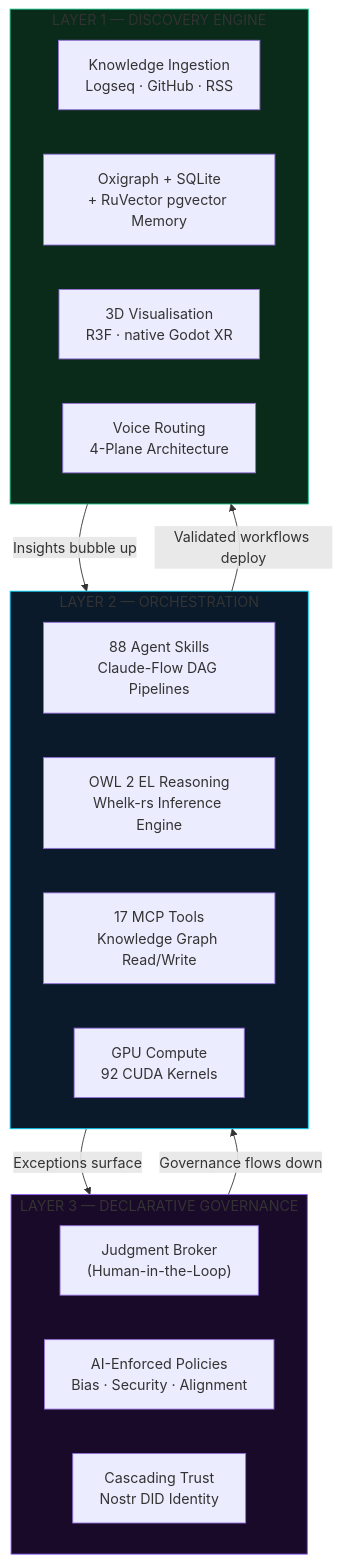
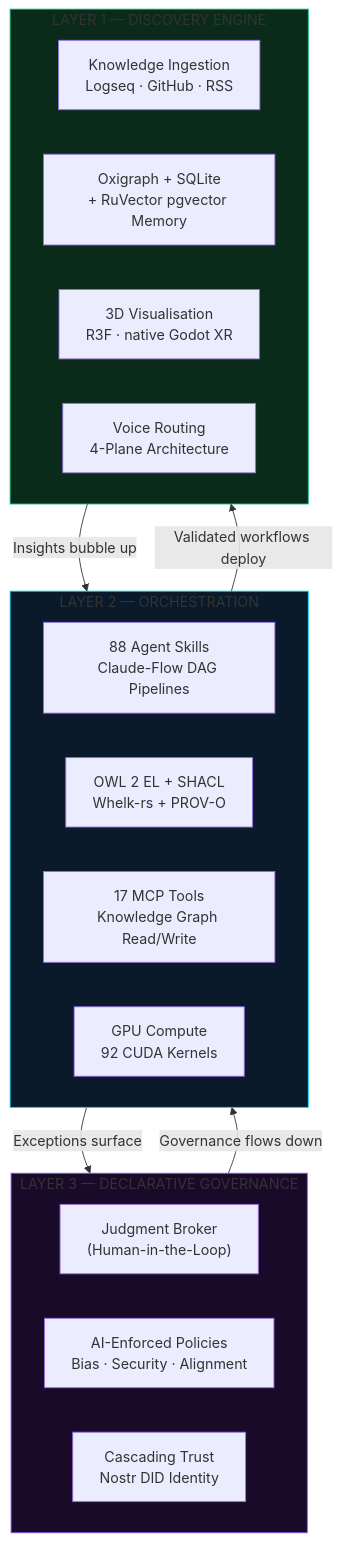
The first of 4 diagrams in README.md (DreamLab-AI/AR-AI-Knowledge-Graph), drawn with Mermaid before and after one commit. The commit also changed other lines of this file and 23 other files, not shown here.

First line of the commit message:
feat(ontology): W3C SHACL validation + PROV-O provenance (PRD-022)

````diff
--- a/README.md
+++ b/README.md
@@ -112,31 +112,31 @@
 ```mermaid
 flowchart TB
     subgraph Layer3["LAYER 3 — DECLARATIVE GOVERNANCE"]
         JB["Judgment Broker\n(Human-in-the-Loop)"]
         Policy["AI-Enforced Policies\nBias · Security · Alignment"]
         Trust["Cascading Trust\nNostr DID Identity"]
     end
 
     subgraph Layer2["LAYER 2 — ORCHESTRATION"]
         Skills["88 Agent Skills\nClaude-Flow DAG Pipelines"]
-        Ontology["OWL 2 EL Reasoning\nWhelk-rs Inference Engine"]
+        Ontology["OWL 2 EL + SHACL\nWhelk-rs + PROV-O"]
         MCP["17 MCP Tools\nKnowledge Graph Read/Write"]
         GPU["GPU Compute\n92 CUDA Kernels"]
     end
 
     subgraph Layer1["LAYER 1 — DISCOVERY ENGINE"]
         Ingest["Knowledge Ingestion\nLogseq · GitHub · RSS"]
         Graph["Oxigraph + SQLite\n+ RuVector pgvector Memory"]
         Viz["3D Visualisation\nR3F · native Godot XR"]
         Voice["Voice Routing\n4-Plane Architecture"]
     end
 
     Layer1 -->|"Insights bubble up"| Layer2
     Layer2 -->|"Exceptions surface"| Layer3
     Layer3 -->|"Governance flows down"| Layer2
     Layer2 -->|"Validated workflows deploy"| Layer1
 
     style Layer3 fill:#1A0A2A,stroke:#8B5CF6
     style Layer2 fill:#0A1A2A,stroke:#00D4FF
     style Layer1 fill:#0A2A1A,stroke:#10B981
 ```
````
